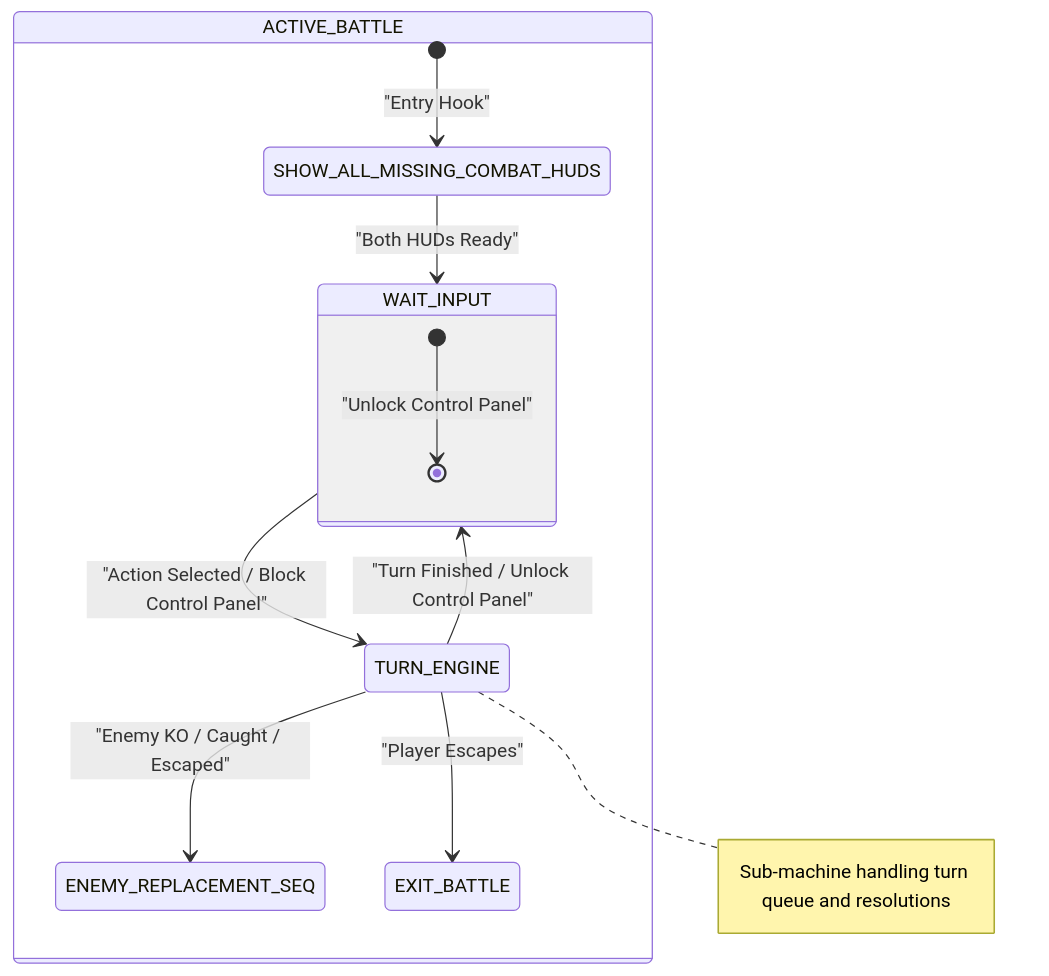
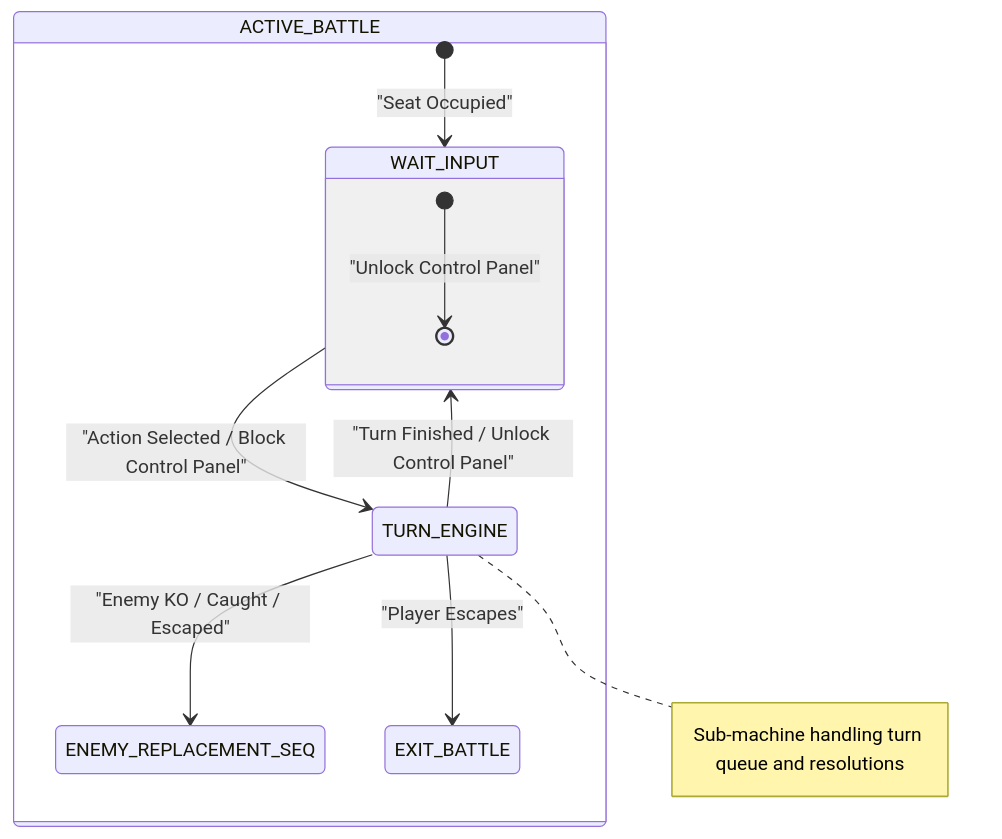
The fourth of 18 diagrams in .agents/skills/project-standards/references/battle/battle_mechanics_manual.md (Darkham77/PokeBorrador), drawn with Mermaid before and after one commit. The commit also changed other lines of this file and 30 other files, not shown here.

````diff
--- a/.agents/skills/project-standards/references/battle/battle_mechanics_manual.md
+++ b/.agents/skills/project-standards/references/battle/battle_mechanics_manual.md
@@ -458,18 +450,17 @@
 ```mermaid
 stateDiagram-v2
     state ACTIVE_BATTLE {
-        [*] --> SHOW_ALL_MISSING_COMBAT_HUDS : "Entry Hook"
-        SHOW_ALL_MISSING_COMBAT_HUDS --> WAIT_INPUT : "Both HUDs Ready"
+        [*] --> WAIT_INPUT : "Seat Occupied"
         
         state WAIT_INPUT {
             [*] --> [*] : "Unlock Control Panel"
         }
         
         WAIT_INPUT --> TURN_ENGINE : "Action Selected / Block Control Panel"
         TURN_ENGINE --> WAIT_INPUT : "Turn Finished / Unlock Control Panel"
         
         TURN_ENGINE --> ENEMY_REPLACEMENT_SEQ : "Enemy KO / Caught / Escaped"
         TURN_ENGINE --> EXIT_BATTLE : "Player Escapes"
     }
     note right of TURN_ENGINE: Sub-machine handling turn queue and resolutions
 ```
````
